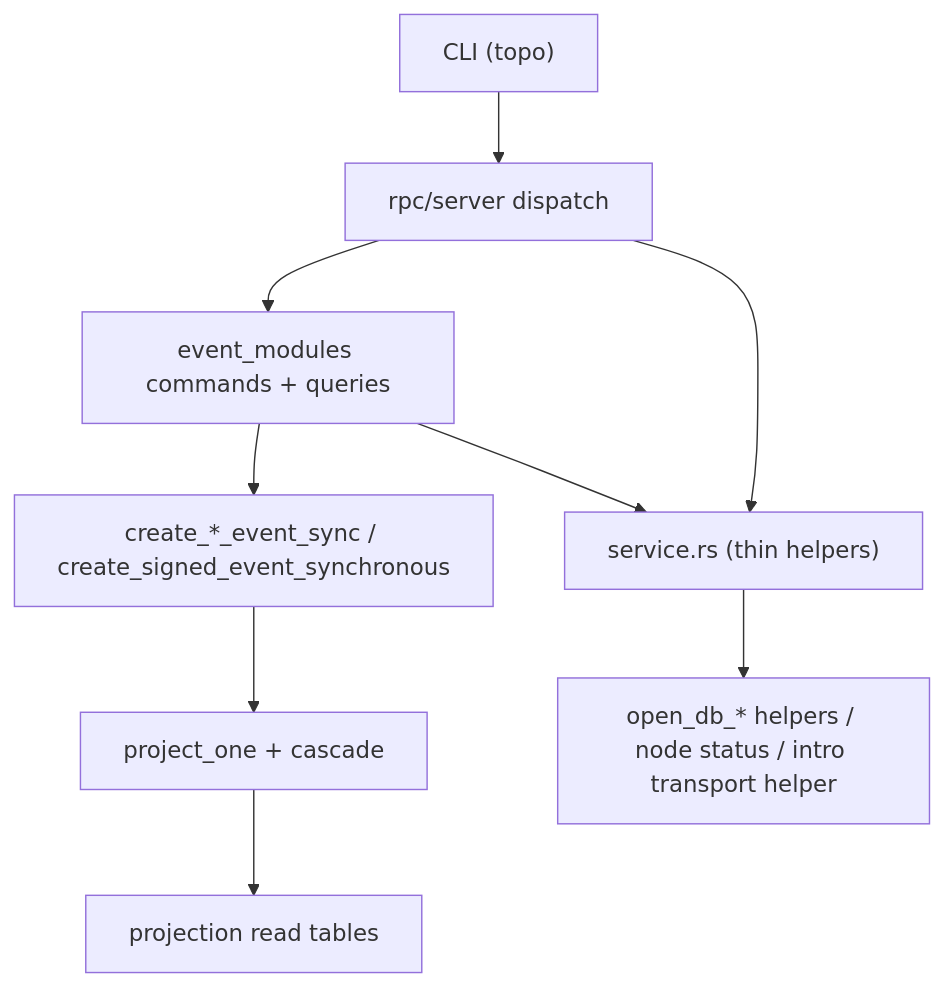
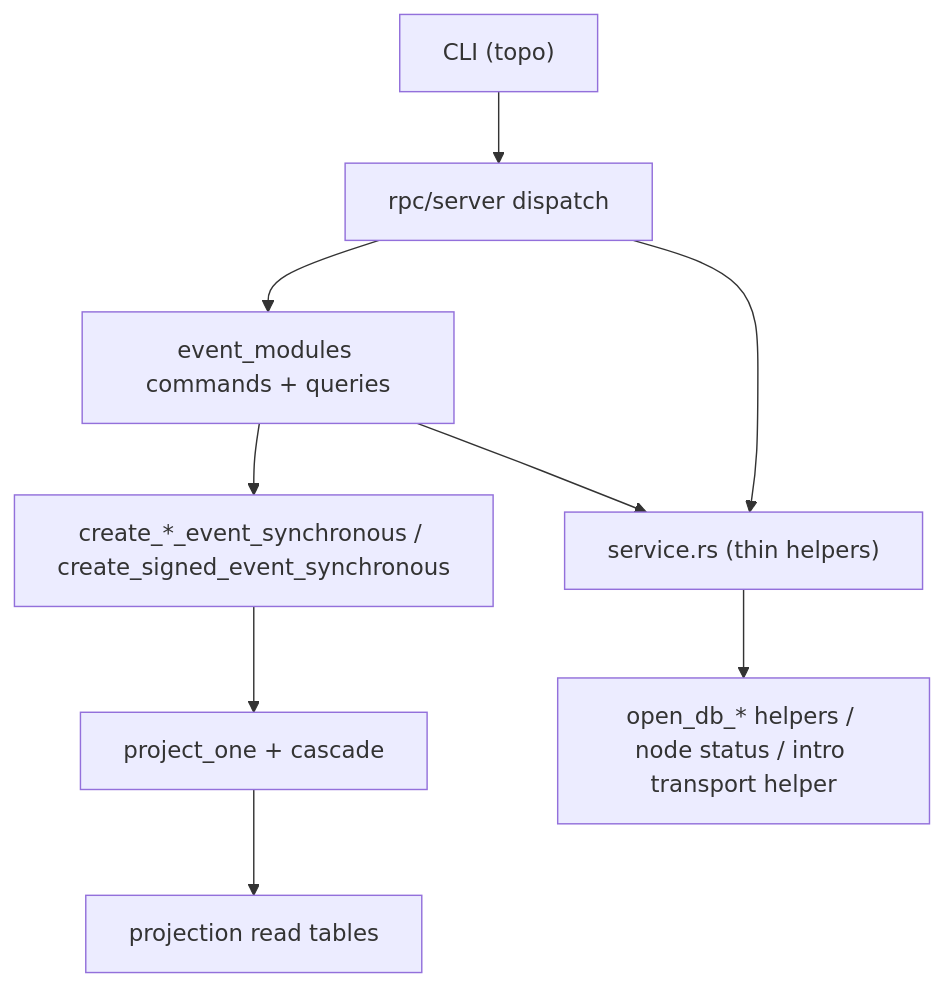
The first of 8 diagrams in docs/CURRENT_RUNTIME_DIAGRAM.md (holmesworcester/topo), drawn with Mermaid before and after one commit. The commit also changed other lines of this file and 40 other files, not shown here.

````diff
--- a/docs/CURRENT_RUNTIME_DIAGRAM.md
+++ b/docs/CURRENT_RUNTIME_DIAGRAM.md
@@ -23,13 +23,13 @@
 ```mermaid
 flowchart TD
     CLI["CLI (topo)"] --> RPC["rpc/server dispatch"]
     RPC --> EM["event_modules commands + queries"]
     RPC --> SVC["service.rs (thin helpers)"]
 
     EM --> SVC
-    EM --> CREATE["create_*_event_sync / create_signed_event_synchronous"]
+    EM --> CREATE["create_*_event_synchronous / create_signed_event_synchronous"]
     CREATE --> PROJ["project_one + cascade"]
     PROJ --> READS["projection read tables"]
 
     SVC --> INFRA["open_db_* helpers / node status / intro transport helper"]
 ```
````
